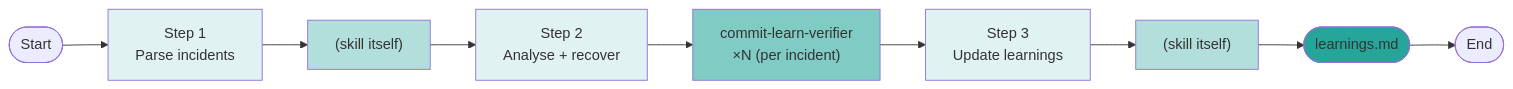
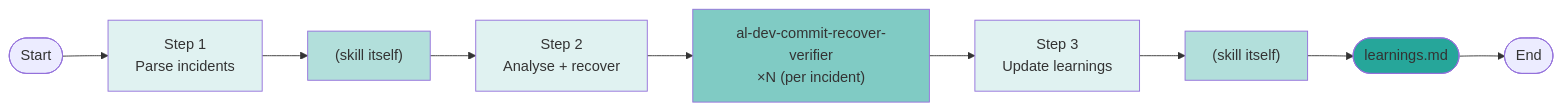
Diagram 18 of 18 in docs/al-dev-plugin-map.md (russell-laing/al-dev-shared), drawn with Mermaid before and after one commit. The commit also changed other lines of this file, not shown here.

Commit message:
fix(plugin-map): rename commit-learn → commit-recover and agent label

````diff
--- a/docs/al-dev-plugin-map.md
+++ b/docs/al-dev-plugin-map.md
@@ -446,19 +446,19 @@
 ```mermaid
 flowchart LR
     Start([Start]) --> Phase1["Step 1<br/>Parse incidents"]
     Phase1 --> SkillWork1["(skill itself)"]
     SkillWork1 --> Phase2["Step 2<br/>Analyse + recover"]
-    Phase2 --> Agent1["commit-learn-verifier<br/>×N (per incident)"]
+    Phase2 --> Agent1["al-dev-commit-recover-verifier<br/>×N (per incident)"]
     Agent1 --> Phase3["Step 3<br/>Update learnings"]
     Phase3 --> SkillWork2["(skill itself)"]
     SkillWork2 --> Output1(["learnings.md"])
     Output1 --> End([End])
 
     style Phase1 fill:#e0f2f1
     style Phase2 fill:#e0f2f1
     style Phase3 fill:#e0f2f1
     style SkillWork1 fill:#b2dfdb
     style SkillWork2 fill:#b2dfdb
     style Agent1 fill:#80cbc4
     style Output1 fill:#26a69a
 ```
````
